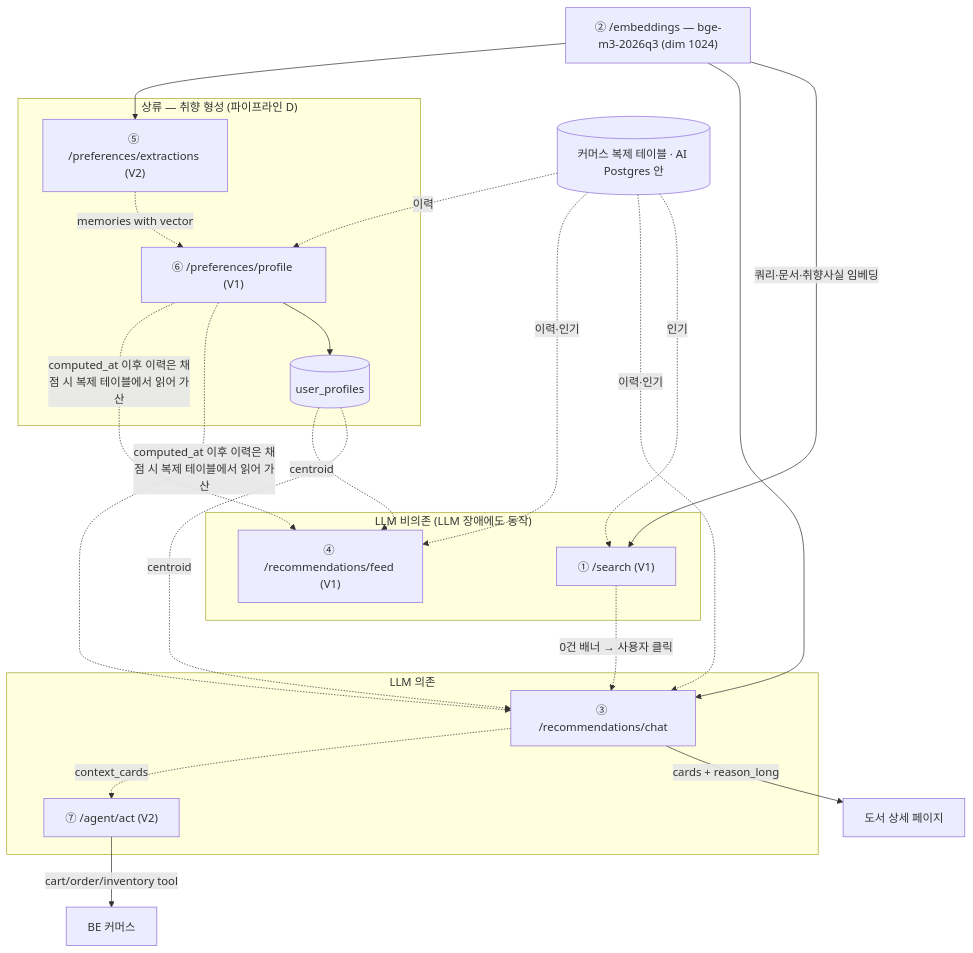
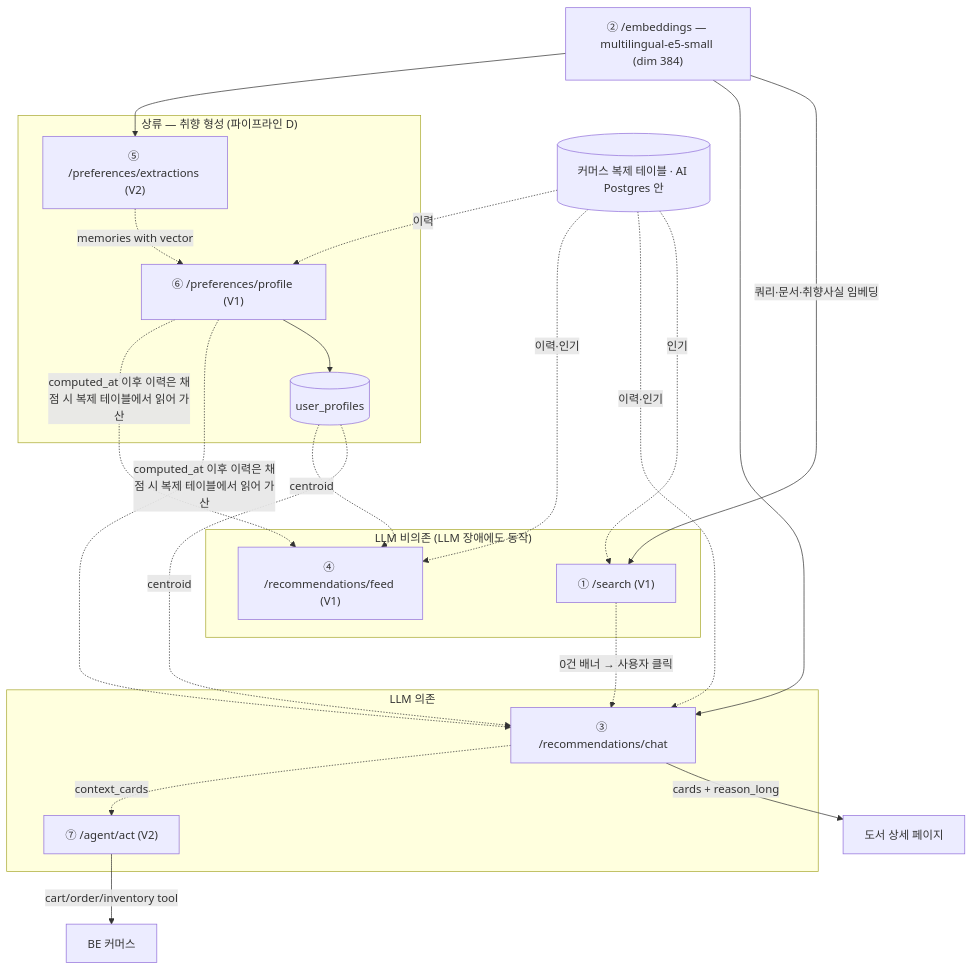
One commit to 100-hours-a-week/KTB4-13th-wiki changed the first of 7 diagrams in docs/ai/4-multistep-pipeline/design.md. Above: the diagram before and after it, drawn with Mermaid. The commit also changed other lines of this file and 5 other files, not shown here.

````diff
--- a/docs/ai/4-multistep-pipeline/design.md
+++ b/docs/ai/4-multistep-pipeline/design.md
@@ -15,38 +15,38 @@
 ```mermaid
 flowchart TB
-    EMB["② /embeddings — bge-m3-2026q3 (dim 1024)"]
+    EMB["② /embeddings — multilingual-e5-small (dim 384)"]
     V[("커머스 복제 테이블 · AI Postgres 안")]
 
     subgraph UP["상류 — 취향 형성 (파이프라인 D)"]
         P5["⑤ /preferences/extractions (V2)"]
         P6["⑥ /preferences/profile (V1)"]
         P5 -.->|memories with vector| P6
         P6 --> PROF[("user_profiles")]
     end
 
     subgraph LLMFREE["LLM 비의존 (LLM 장애에도 동작)"]
         P1["① /search (V1)"]
         P4["④ /recommendations/feed (V1)"]
     end
 
     subgraph LLMDEP["LLM 의존"]
         P3["③ /recommendations/chat"]
         P7["⑦ /agent/act (V2)"]
     end
 
     EMB -->|"쿼리·문서·취향사실 임베딩"| P1
     EMB --> P3
     EMB --> P5
     V -.->|인기| P1
     V -.->|이력·인기| P3
     V -.->|이력·인기| P4
     V -.->|이력| P6
     PROF -.->|centroid| P3
     PROF -.->|centroid| P4
     P6 -.->|"computed_at 이후 이력은 채점 시 복제 테이블에서 읽어 가산"| P3
     P6 -.->|"computed_at 이후 이력은 채점 시 복제 테이블에서 읽어 가산"| P4
     P1 -.->|"0건 배너 → 사용자 클릭"| P3
     P3 -->|"cards + reason_long"| DET["도서 상세 페이지"]
     P3 -.->|context_cards| P7
     P7 -->|"cart/order/inventory tool"| BE["BE 커머스"]
 ```
````
